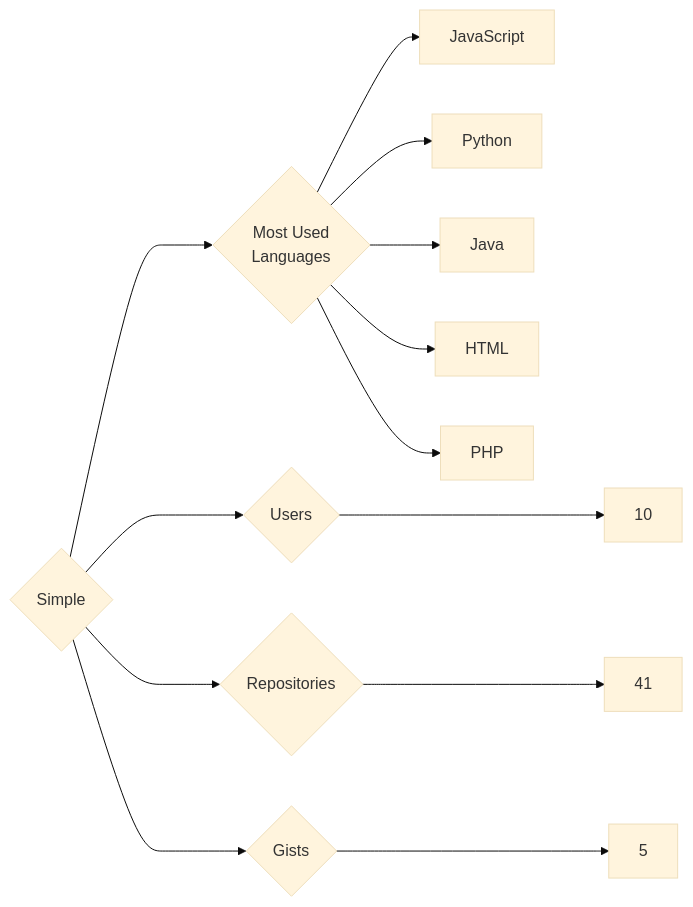
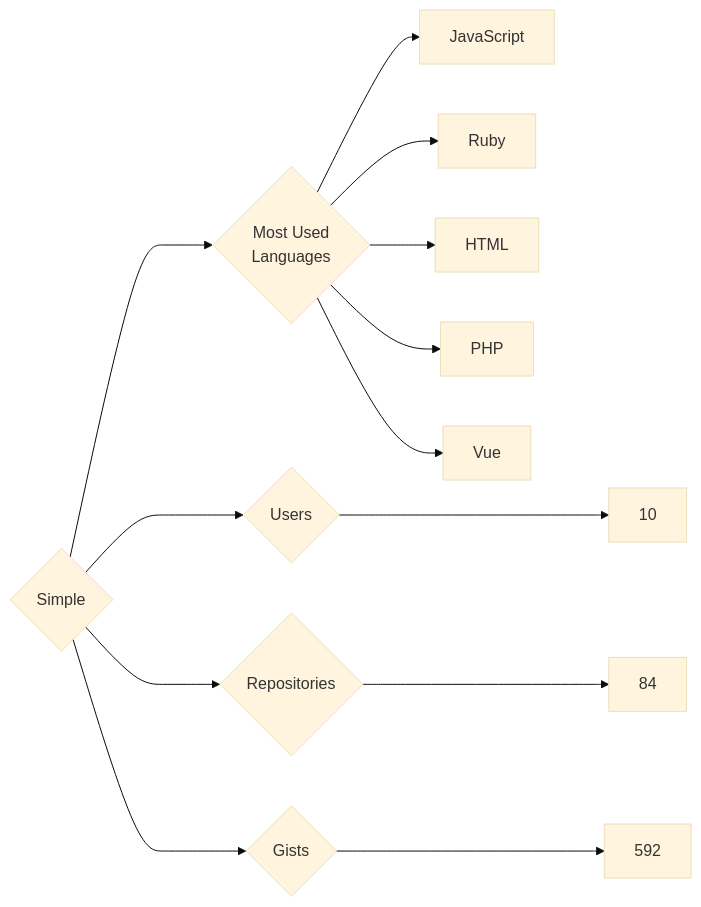
Before and after one commit to trickest/insiders: the diagram in targets/Simple/README.md, drawn with Mermaid (base theme). The commit also changed 1484 other files, not shown here.

````diff
--- a/targets/Simple/README.md
+++ b/targets/Simple/README.md
@@ -3,13 +3,13 @@
 ```mermaid
 graph LR
 COMPANY_NAME{Simple}
 COMPANY_NAME ---> U{Users} ---> UN[10]
-COMPANY_NAME ---> R{Repositories} ---> RN[41]
-COMPANY_NAME ---> G{Gists} ---> GN[5]
+COMPANY_NAME ---> R{Repositories} ---> RN[84]
+COMPANY_NAME ---> G{Gists} ---> GN[592]
 COMPANY_NAME ---> ML{Most Used<br>Languages}
 ML --> JavaScript[JavaScript]
-ML --> Python[Python]
-ML --> Java[Java]
+ML --> Ruby[Ruby]
 ML --> HTML[HTML]
 ML --> PHP[PHP]
+ML --> Vue[Vue]
 ```
````
